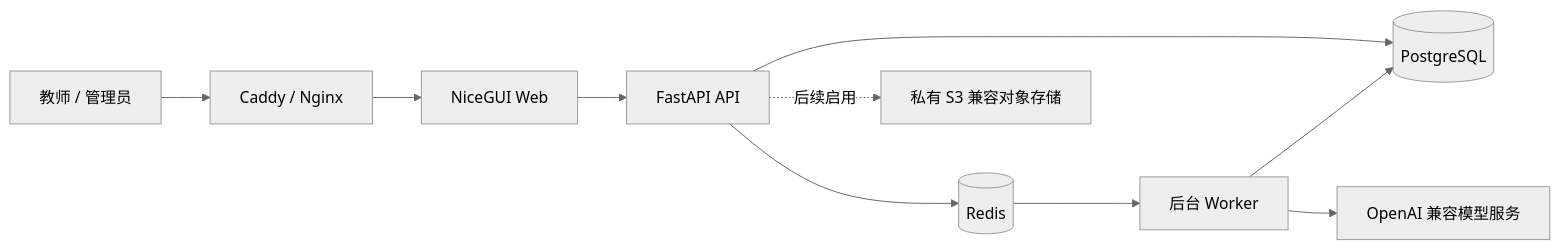
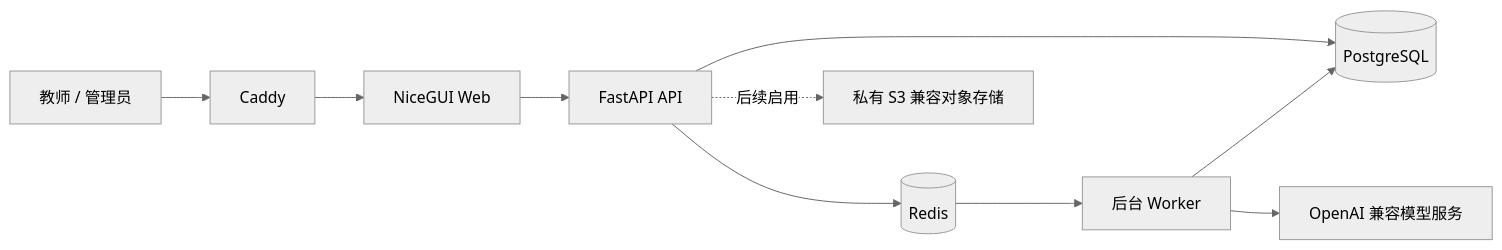
Before and after one commit to ywyz/child-manager: the diagram in README.md, drawn with Mermaid (neutral theme). The commit also changed other lines of this file and 17 other files, not shown here.

First line of the commit message:
feat: Add architecture decision records and system architecture documentation

````diff
--- a/README.md
+++ b/README.md
@@ -34,12 +34,12 @@
 ```mermaid
 flowchart LR
-    U[教师 / 管理员] --> RP[Caddy / Nginx]
+    U[教师 / 管理员] --> RP[Caddy]
     RP --> WEB[NiceGUI Web]
     WEB --> API[FastAPI API]
     API --> DB[(PostgreSQL)]
     API --> REDIS[(Redis)]
     REDIS --> WORKER[后台 Worker]
     WORKER --> AI[OpenAI 兼容模型服务]
     WORKER --> DB
     API -. 后续启用 .-> OBJ[私有 S3 兼容对象存储]
 ```
````
